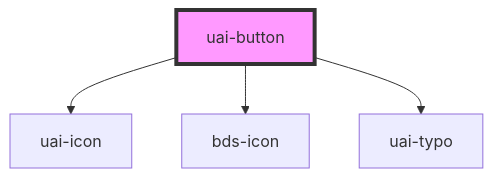
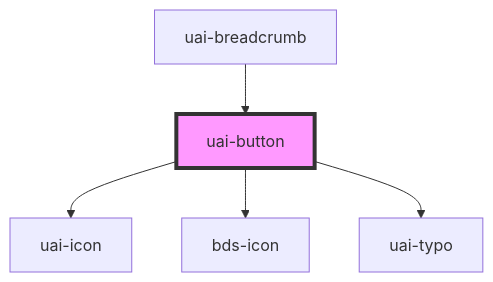
Before and after one commit to takenet/blip-ds: the diagram in src/components/uai-button/readme.md, drawn with Mermaid. The commit also changed other lines of this file and 34 other files, not shown here.

First line of the commit message:
feat(uai): add breadcrumb and page header

````diff
--- a/src/components/uai-button/readme.md
+++ b/src/components/uai-button/readme.md
@@ -169,7 +184,8 @@
 ```mermaid
 graph TD;
   uai-button --> uai-icon
   uai-button --> bds-icon
   uai-button --> uai-typo
+  uai-breadcrumb --> uai-button
   style uai-button fill:#f9f,stroke:#333,stroke-width:4px
 ```
````
